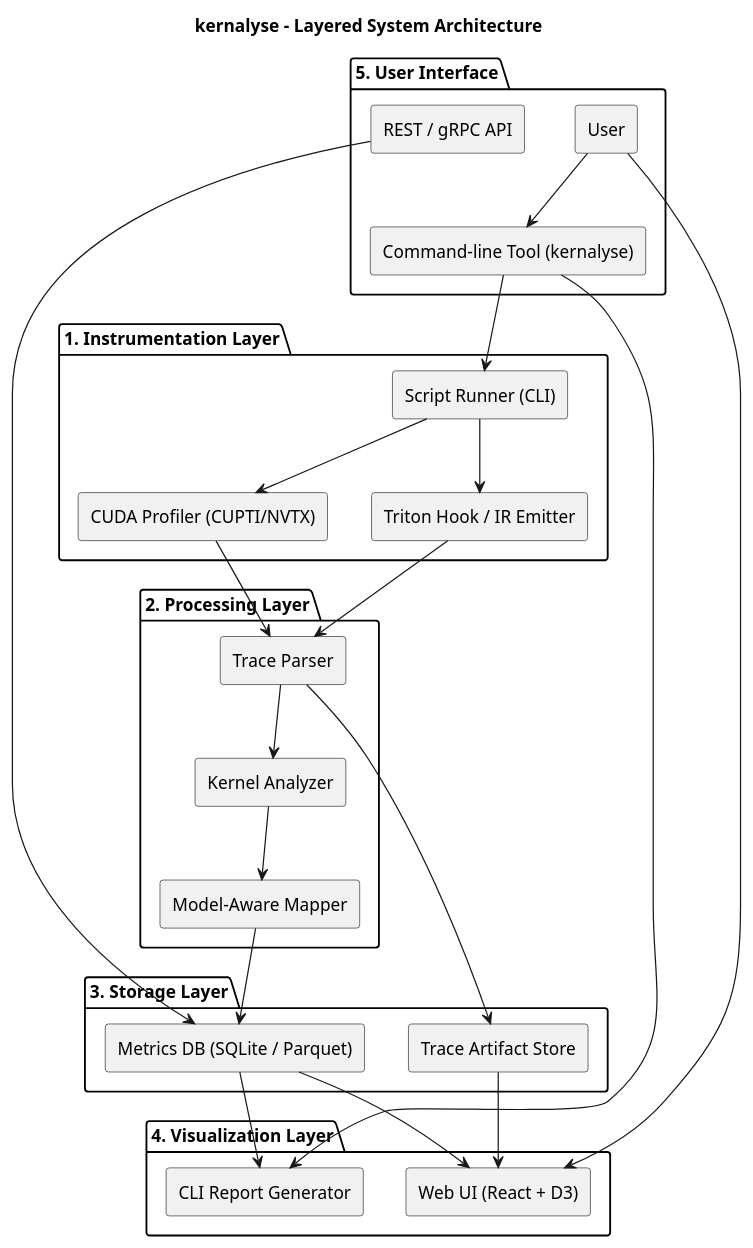
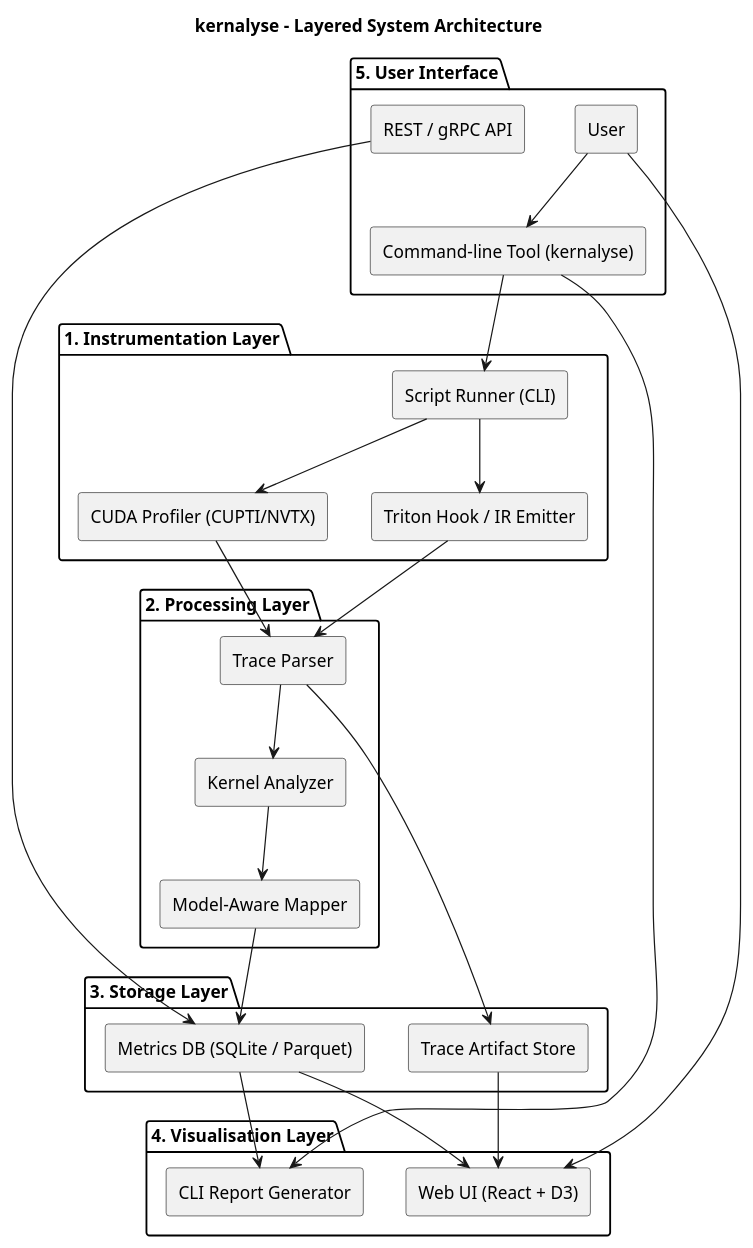
One commit to Progress04/kernalyse changed the diagram in system_architecture.puml. Above: the diagram before and after it, drawn with PlantUML. The commit also changed 12 other files, not shown here.

```diff
--- a/system_architecture.puml
+++ b/system_architecture.puml
@@ -1,57 +1,57 @@
 @startuml
 title kernalyse - Layered System Architecture
 
 skinparam componentStyle rectangle
 
 package "1. Instrumentation Layer" {
   [CUDA Profiler (CUPTI/NVTX)]
   [Triton Hook / IR Emitter]
   [Script Runner (CLI)]
 }
 
 package "2. Processing Layer" {
   [Trace Parser]
   [Kernel Analyzer]
   [Model-Aware Mapper]
 }
 
 package "3. Storage Layer" {
   [Metrics DB (SQLite / Parquet)]
   [Trace Artifact Store]
 }
 
-package "4. Visualization Layer" {
+package "4. Visualisation Layer" {
   [Web UI (React + D3)]
   [CLI Report Generator]
 }
 
 package "5. User Interface" {
   [User]
   [Command-line Tool (kernalyse)]
   [REST / gRPC API]
 }
 
 ' Flow arrows
 [Script Runner (CLI)] --> [CUDA Profiler (CUPTI/NVTX)]
 [Script Runner (CLI)] --> [Triton Hook / IR Emitter]
 
 [CUDA Profiler (CUPTI/NVTX)] --> [Trace Parser]
 [Triton Hook / IR Emitter] --> [Trace Parser]
 
 [Trace Parser] --> [Kernel Analyzer]
 [Kernel Analyzer] --> [Model-Aware Mapper]
 
 [Model-Aware Mapper] --> [Metrics DB (SQLite / Parquet)]
 [Trace Parser] --> [Trace Artifact Store]
 
 [Metrics DB (SQLite / Parquet)] --> [Web UI (React + D3)]
 [Trace Artifact Store] --> [Web UI (React + D3)]
 [Metrics DB (SQLite / Parquet)] --> [CLI Report Generator]
 
 [User] --> [Command-line Tool (kernalyse)]
 [Command-line Tool (kernalyse)] --> [Script Runner (CLI)]
 [Command-line Tool (kernalyse)] --> [CLI Report Generator]
 [User] --> [Web UI (React + D3)]
 [REST / gRPC API] --> [Metrics DB (SQLite / Parquet)]
 
 @enduml
```
